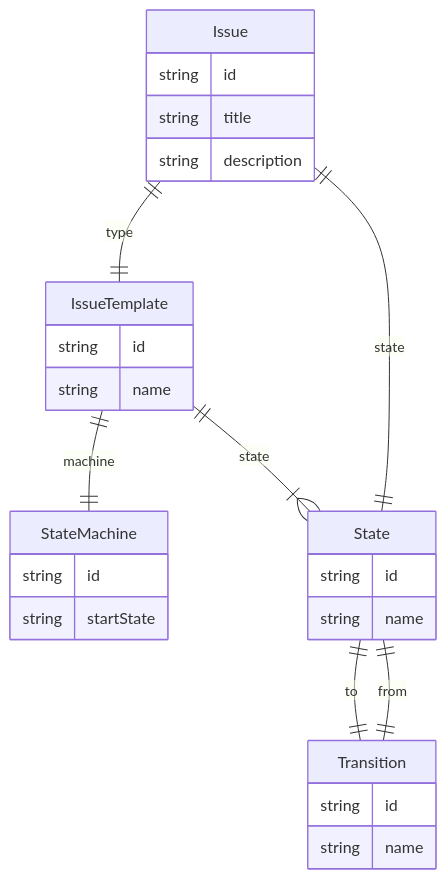
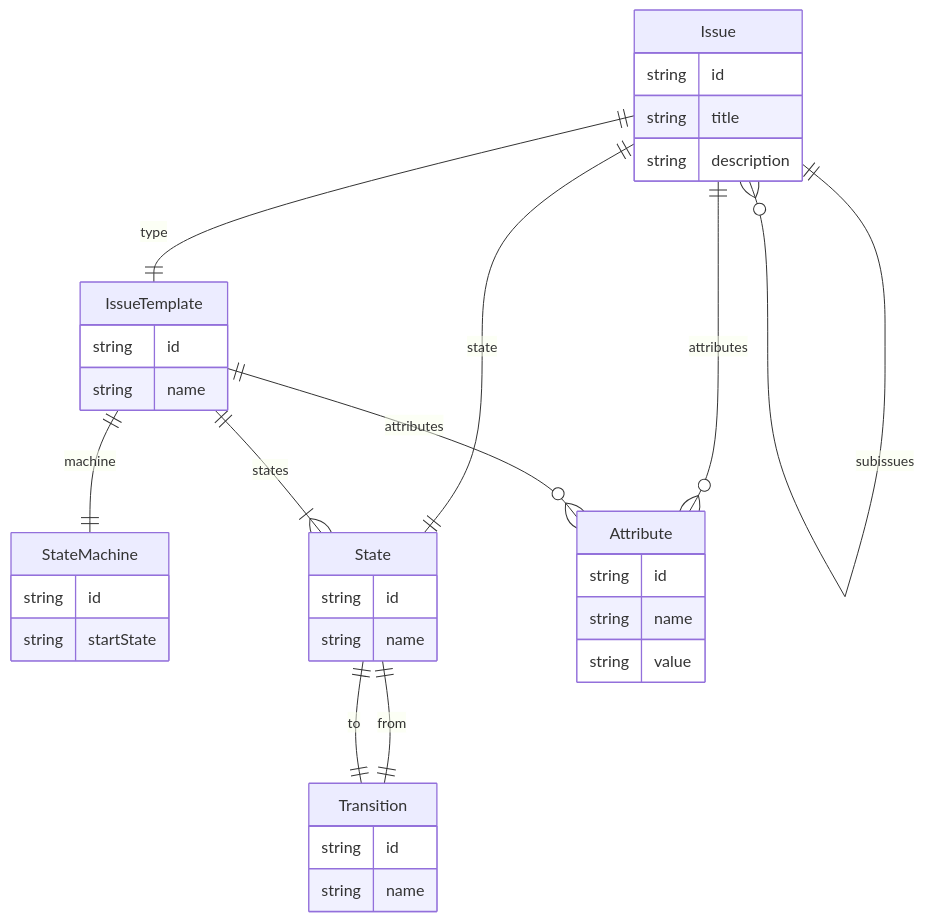
The second of 2 diagrams in system_design/information_model.md (dnulnets/jjanus), drawn with Mermaid before and after one commit.

Commit message:
Updated information model

````diff
--- a/system_design/information_model.md
+++ b/system_design/information_model.md
@@ -25,30 +25,38 @@
 ```mermaid
 erDiagram
     Issue {
         string id
         string title
         string description
     }
     IssueTemplate {
         string id
         string name
     }
     StateMachine {
         string id
         string startState
     }
     State {
         string id
         string name
     }
     Transition {
         string id
         string name
     }
+    Attribute {
+        string id
+        string name
+        string value
+    }
+    Issue ||--o{ Issue: "subissues"
+    Issue ||--o{ Attribute : "attributes"
     Issue ||--|| State : "state"
     Issue ||--|| IssueTemplate : "type"
     IssueTemplate ||--|| StateMachine : "machine"
-    IssueTemplate ||--|{ State : "state"
+    IssueTemplate ||--|{ State : "states"
+    IssueTemplate ||--o{ Attribute : "attributes"
     State ||--|| Transition : "from"
     Transition ||--|| State : "to"
 ```
````
